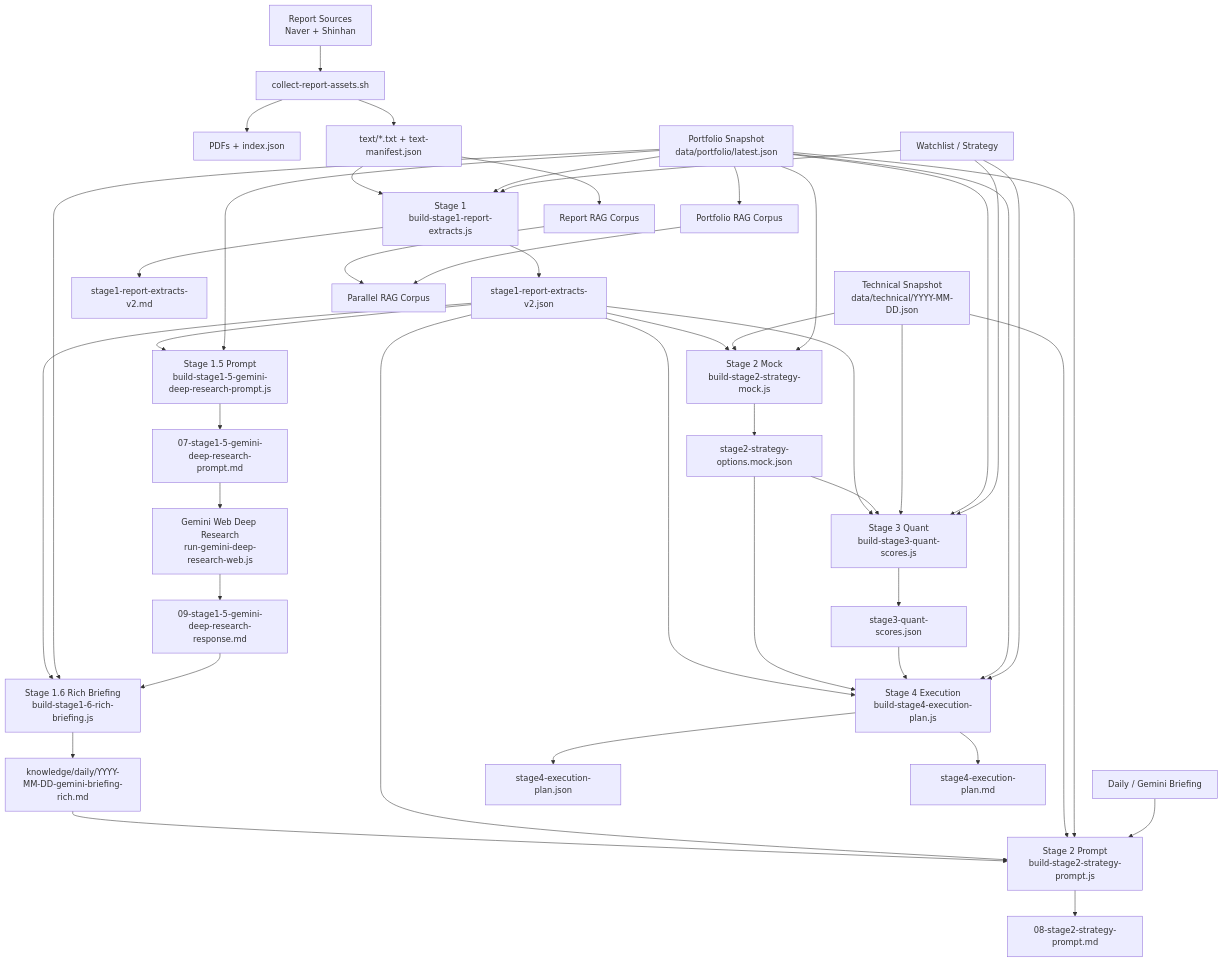
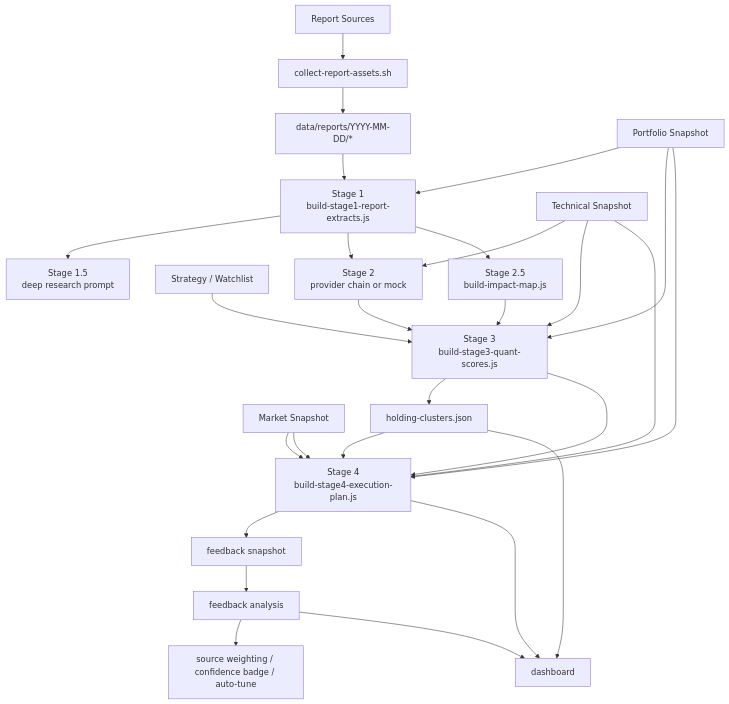
The diagram in README.md (sgdrudejr/EcoReport), drawn with Mermaid before and after one commit. The commit also changed other lines of this file and 7 other files, not shown here.

````diff
--- a/README.md
+++ b/README.md
@@ -30,53 +74,35 @@
 ```mermaid
 flowchart TD
-    A["Report Sources<br/>Naver + Shinhan"] --> B["collect-report-assets.sh"]
-    B --> B1["PDFs + index.json"]
-    B --> B2["text/*.txt + text-manifest.json"]
+    A["Report Sources"] --> B["collect-report-assets.sh"]
+    B --> B1["data/reports/YYYY-MM-DD/*"]
 
-    B2 --> C["Stage 1<br/>build-stage1-report-extracts.js"]
-    P["Portfolio Snapshot<br/>data/portfolio/latest.json"] --> C
-    W["Watchlist / Strategy"] --> C
-    C --> C1["stage1-report-extracts-v2.json"]
-    C --> C2["stage1-report-extracts-v2.md"]
+    P["Portfolio Snapshot"] --> S1
+    T["Technical Snapshot"] --> S2
+    M["Market Snapshot"] --> S4
+    W["Strategy / Watchlist"] --> S3
 
-    C1 --> M["Stage 1.5 Prompt<br/>build-stage1-5-gemini-deep-research-prompt.js"]
-    P --> M
-    M --> M1["07-stage1-5-gemini-deep-research-prompt.md"]
-    M1 --> N["Gemini Web Deep Research<br/>run-gemini-deep-research-web.js"]
-    N --> N1["09-stage1-5-gemini-deep-research-response.md"]
-    C1 --> O["Stage 1.6 Rich Briefing<br/>build-stage1-6-rich-briefing.js"]
-    P --> O
-    N1 --> O
-    O --> O1["knowledge/daily/YYYY-MM-DD-gemini-briefing-rich.md"]
+    B1 --> S1["Stage 1<br/>build-stage1-report-extracts.js"]
+    S1 --> S15["Stage 1.5<br/>deep research prompt"]
+    S1 --> S2["Stage 2<br/>provider chain or mock"]
+    S1 --> I["Stage 2.5<br/>build-impact-map.js"]
 
-    O1 --> D["Stage 2 Prompt<br/>build-stage2-strategy-prompt.js"]
-    C1 --> D
-    C1 --> E["Stage 2 Mock<br/>build-stage2-strategy-mock.js"]
-    T["Technical Snapshot<br/>data/technical/YYYY-MM-DD.json"] --> D
-    T --> E
-    P --> D
-    P --> E
-    G["Daily / Gemini Briefing"] --> D
-    E --> E1["stage2-strategy-options.mock.json"]
-    D --> D1["08-stage2-strategy-prompt.md"]
+    S2 --> S3["Stage 3<br/>build-stage3-quant-scores.js"]
+    I --> S3
+    T --> S3
+    P --> S3
 
-    C1 --> F["Stage 3 Quant<br/>build-stage3-quant-scores.js"]
-    E1 --> F
-    T --> F
-    P --> F
-    W --> F
-    F --> F1["stage3-quant-scores.json"]
+    S3 --> C["holding-clusters.json"]
+    S3 --> S4["Stage 4<br/>build-stage4-execution-plan.js"]
+    C --> S4
+    P --> S4
+    T --> S4
+    M --> S4
 
-    C1 --> H["Stage 4 Execution<br/>build-stage4-execution-plan.js"]
-    E1 --> H
-    F1 --> H
-    P --> H
-    W --> H
-    H --> H1["stage4-execution-plan.json"]
-    H --> H2["stage4-execution-plan.md"]
+    S4 --> F1["feedback snapshot"]
+    F1 --> F2["feedback analysis"]
+    F2 --> F3["source weighting / confidence badge / auto-tune"]
 
-    B2 --> R["Report RAG Corpus"]
-    P --> PR["Portfolio RAG Corpus"]
-    R --> XR["Parallel RAG Corpus"]
-    PR --> XR
+    S4 --> D["dashboard"]
+    F2 --> D
+    C --> D
 ```
````
